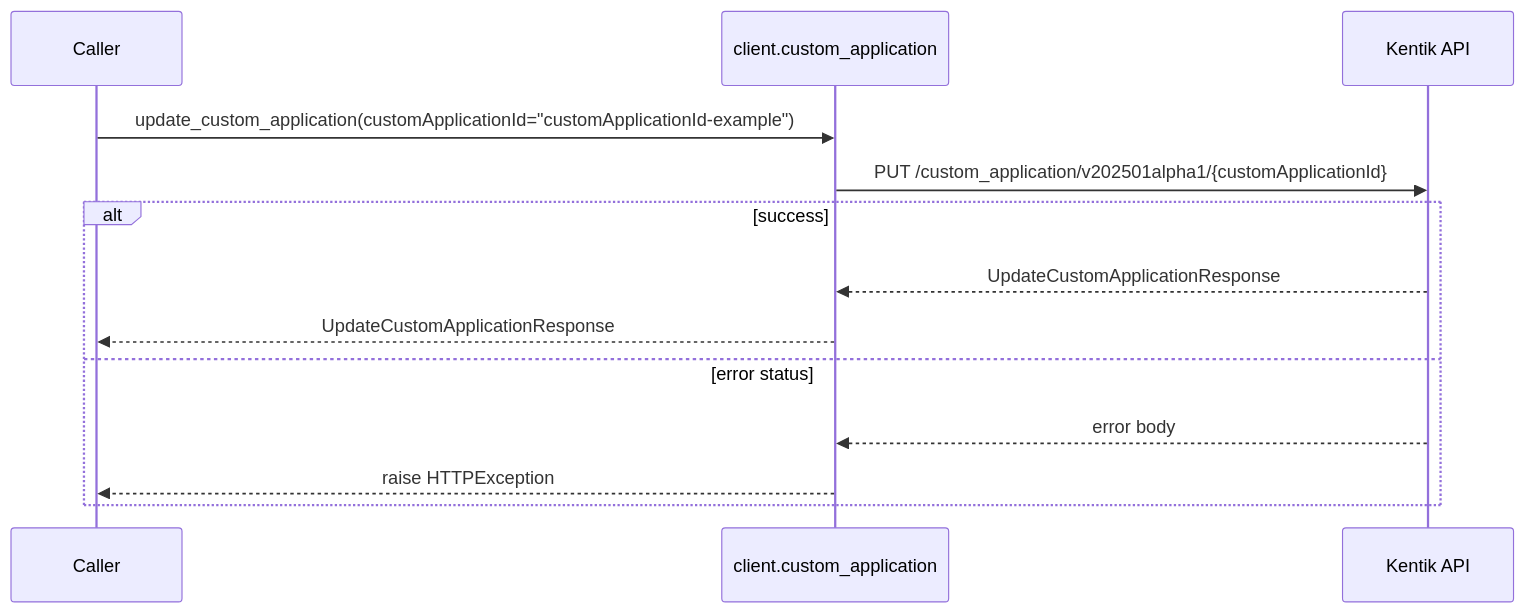
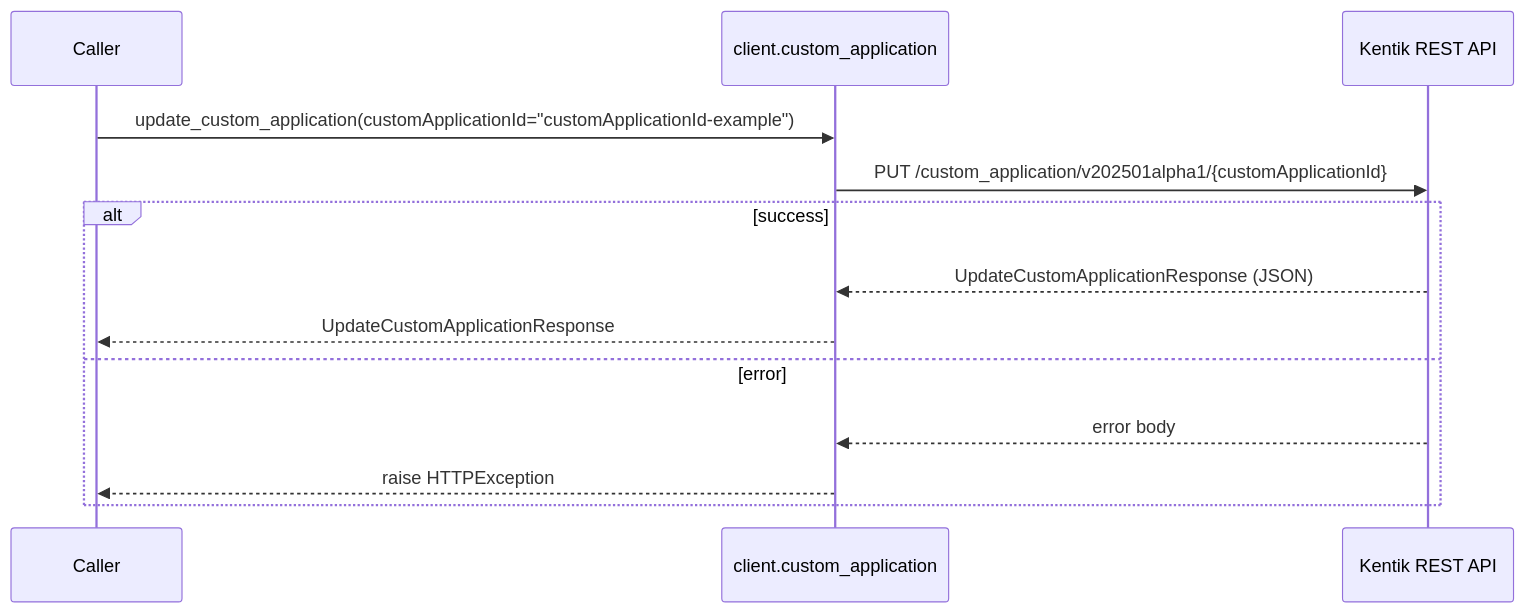
The eighth of 12 diagrams in docs/sphinx/services/custom_application.md (alexdearaujo/community_sdk_python), drawn with Mermaid before and after one commit. The commit also changed other lines of this file and 61 other files, not shown here.

````diff
--- a/docs/sphinx/services/custom_application.md
+++ b/docs/sphinx/services/custom_application.md
@@ -173,16 +250,16 @@
 ```mermaid
 sequenceDiagram
     participant C as Caller
     participant W as client.custom_application
-    participant API as Kentik API
+    participant API as Kentik REST API
 
     C->>W: update_custom_application(customApplicationId="customApplicationId-example")
     W->>API: PUT /custom_application/v202501alpha1/{customApplicationId}
     alt success
-        API-->>W: UpdateCustomApplicationResponse
+        API-->>W: UpdateCustomApplicationResponse (JSON)
         W-->>C: UpdateCustomApplicationResponse
-    else error status
+    else error
         API-->>W: error body
         W-->>C: raise HTTPException
     end
 ```
````
